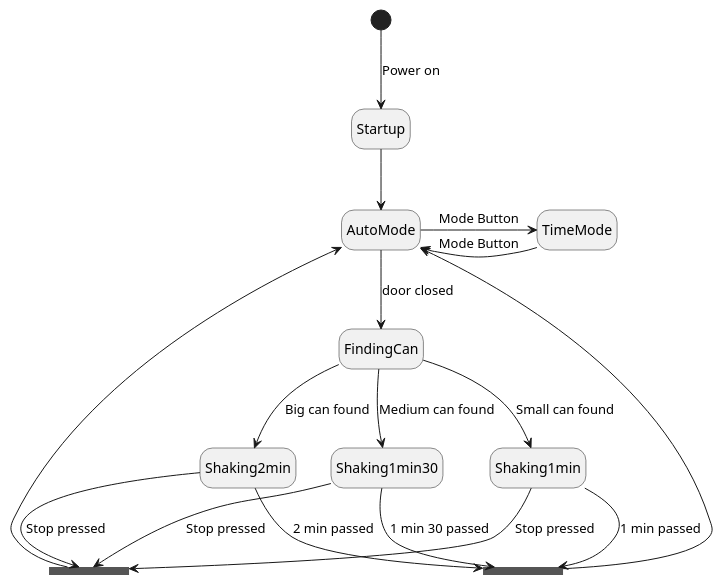
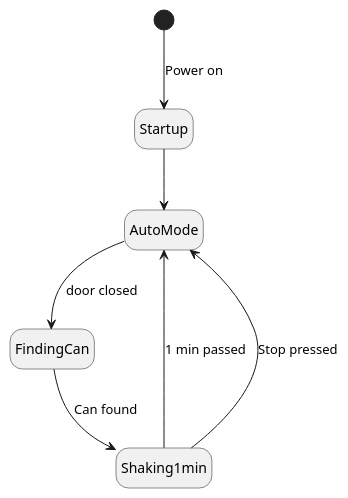
The diagram in MDBook/src/state_diagram.md (RickValkSaxion/Virtual_PLC_project), drawn with PlantUML before and after one commit.

Commit message:
Made state diagram simpler

````diff
--- a/MDBook/src/state_diagram.md
+++ b/MDBook/src/state_diagram.md
@@ -5,33 +5,31 @@
 ```plantuml
 @startuml
 hide empty description
-state stopJoin <<join>>
-state timeJoin <<join>>
+'state stopJoin <<join>>
+'state timeJoin <<join>>
 
 [*] --> Startup : Power on
 Startup --> AutoMode
 AutoMode --> FindingCan : door closed
 
+FindingCan --> Shaking1min : Can found
+Shaking1min --> AutoMode : 1 min passed
+Shaking1min --> AutoMode : Stop pressed
+
+'FindingCan --> Shaking1min30 : Medium can found
+'Shaking1min30 --> timeJoin : 1 min 30 passed
+'Shaking1min30 --> stopJoin : Stop pressed
+
+'FindingCan --> Shaking2min : Big can found
+'Shaking2min --> timeJoin : 2 min passed
+'Shaking2min --> stopJoin : Stop pressed
+
+'stopJoin --> AutoMode
+'timeJoin --> AutoMode
 
 
-FindingCan --> Shaking1min : Small can found
-Shaking1min --> timeJoin : 1 min passed
-Shaking1min --> stopJoin : Stop pressed
-
-FindingCan --> Shaking1min30 : Medium can found
-Shaking1min30 --> timeJoin : 1 min 30 passed
-Shaking1min30 --> stopJoin : Stop pressed
-
-FindingCan --> Shaking2min : Big can found
-Shaking2min --> timeJoin : 2 min passed
-Shaking2min --> stopJoin : Stop pressed
-
-stopJoin --> AutoMode
-timeJoin --> AutoMode
-
-
-AutoMode -> TimeMode : Mode Button
-TimeMode -> AutoMode : Mode Button
+'AutoMode -> TimeMode : Mode Button
+'TimeMode -> AutoMode : Mode Button
 @enduml
 
 ```
````
